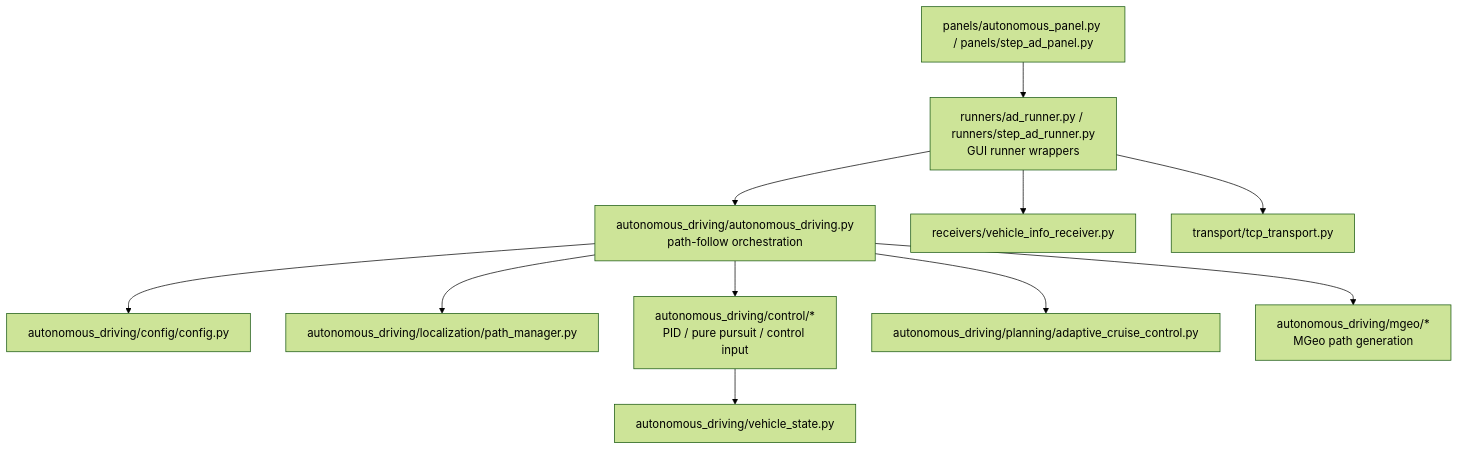
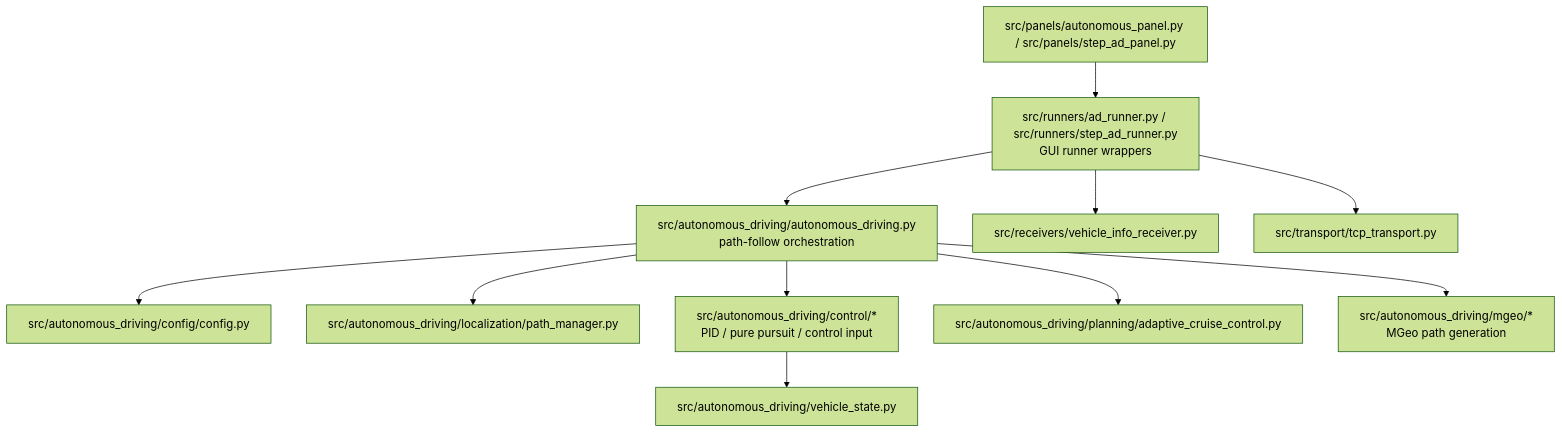
Before and after one commit to MORAI-Autonomous/MORAI-SimControl_v2.1: the fifth of 5 diagrams in docs/code-review-graph.md, drawn with Mermaid (forest theme). The commit also changed other lines of this file and 136 other files, not shown here.

````diff
--- a/docs/code-review-graph.md
+++ b/docs/code-review-graph.md
@@ -150,25 +150,25 @@
 ```mermaid
 flowchart TD
-    ad_runner["runners/ad_runner.py / runners/step_ad_runner.py<br/>GUI runner wrappers"]
-    ad_panel["panels/autonomous_panel.py / panels/step_ad_panel.py"]
-    ad_core["autonomous_driving/autonomous_driving.py<br/>path-follow orchestration"]
-    config["autonomous_driving/config/config.py"]
-    path_manager["autonomous_driving/localization/path_manager.py"]
-    control["autonomous_driving/control/*<br/>PID / pure pursuit / control input"]
-    planning["autonomous_driving/planning/adaptive_cruise_control.py"]
-    mgeo["autonomous_driving/mgeo/*<br/>MGeo path generation"]
-    vehicle_state["autonomous_driving/vehicle_state.py"]
-    vehicle_receiver["receivers/vehicle_info_receiver.py"]
-    tcp["transport/tcp_transport.py"]
+    ad_runner["src/runners/ad_runner.py / src/runners/step_ad_runner.py<br/>GUI runner wrappers"]
+    ad_panel["src/panels/autonomous_panel.py / src/panels/step_ad_panel.py"]
+    ad_core["src/autonomous_driving/autonomous_driving.py<br/>path-follow orchestration"]
+    config["src/autonomous_driving/config/config.py"]
+    path_manager["src/autonomous_driving/localization/path_manager.py"]
+    control["src/autonomous_driving/control/*<br/>PID / pure pursuit / control input"]
+    planning["src/autonomous_driving/planning/adaptive_cruise_control.py"]
+    mgeo["src/autonomous_driving/mgeo/*<br/>MGeo path generation"]
+    vehicle_state["src/autonomous_driving/vehicle_state.py"]
+    vehicle_receiver["src/receivers/vehicle_info_receiver.py"]
+    tcp["src/transport/tcp_transport.py"]
 
     ad_panel --> ad_runner
     ad_runner --> ad_core
     ad_runner --> vehicle_receiver
     ad_runner --> tcp
     ad_core --> config
     ad_core --> path_manager
     ad_core --> control
     ad_core --> planning
     ad_core --> mgeo
     control --> vehicle_state
 ```
````
